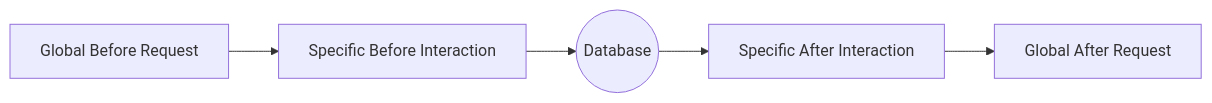
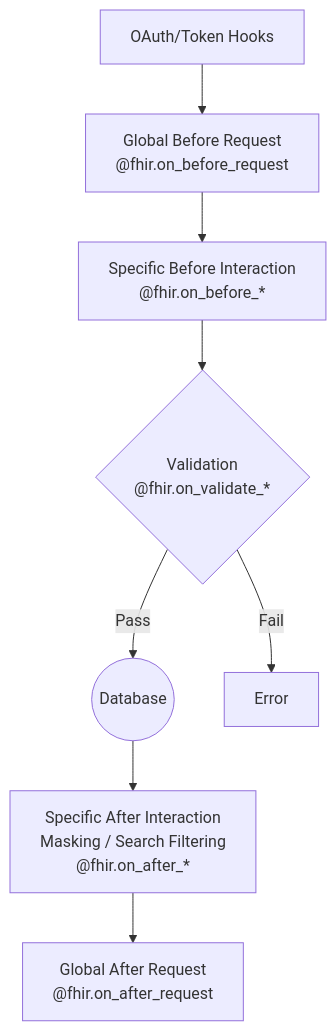
Before and after one commit to grongierisc/iris-fhir-python-strategy: the diagram in README.md, drawn with Mermaid. The commit also changed other lines of this file, not shown here.

Commit message:
Update README.md: Add global request logic example and enhance validation function signatures

````diff
--- a/README.md
+++ b/README.md
@@ -206,7 +225,10 @@
 ```mermaid
-graph LR
-    A[Global Before Request] --> B[Specific Before Interaction]
-    B --> C((Database))
-    C --> D[Specific After Interaction]
-    D --> E[Global After Request]
+graph TD
+    Auth["OAuth/Token Hooks"] --> A["Global Before Request<br/>@fhir.on_before_request"]
+    A --> B["Specific Before Interaction<br/>@fhir.on_before_*"]
+    B --> V{"Validation<br/>@fhir.on_validate_*"}
+    V -->|Pass| C(("Database"))
+    V -->|Fail| Err["Error"]
+    C --> D["Specific After Interaction<br/>Masking / Search Filtering<br/>@fhir.on_after_*"]
+    D --> E["Global After Request<br/>@fhir.on_after_request"]
 ```
````
